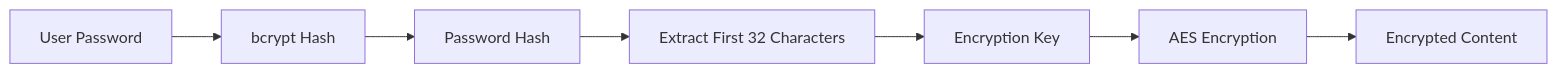
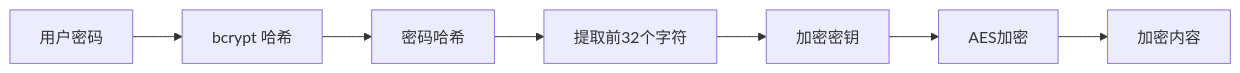
The diagram in src/content/posts/encrypted-post.md (bokai-que/bokai-que.github.io), drawn with Mermaid before and after one commit. The commit also changed other lines of this file and 5 other files, not shown here.

````diff
--- a/src/content/posts/encrypted-post.md
+++ b/src/content/posts/encrypted-post.md
@@ -93,9 +101,9 @@
 ```mermaid
 graph LR
-    A[User Password] --> B[bcrypt Hash]
-    B --> C[Password Hash]
-    C --> D[Extract First 32 Characters]
-    D --> E[Encryption Key]
-    E --> F[AES Encryption]
-    F --> G[Encrypted Content]
+    A[用户密码] --> B[bcrypt 哈希]
+    B --> C[密码哈希]
+    C --> D[提取前32个字符]
+    D --> E[加密密钥]
+    E --> F[AES加密]
+    F --> G[加密内容]
 ```
````
